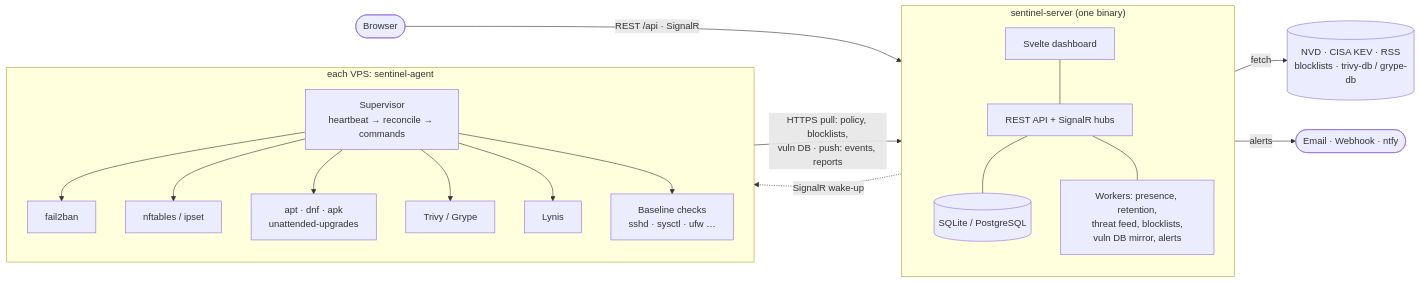
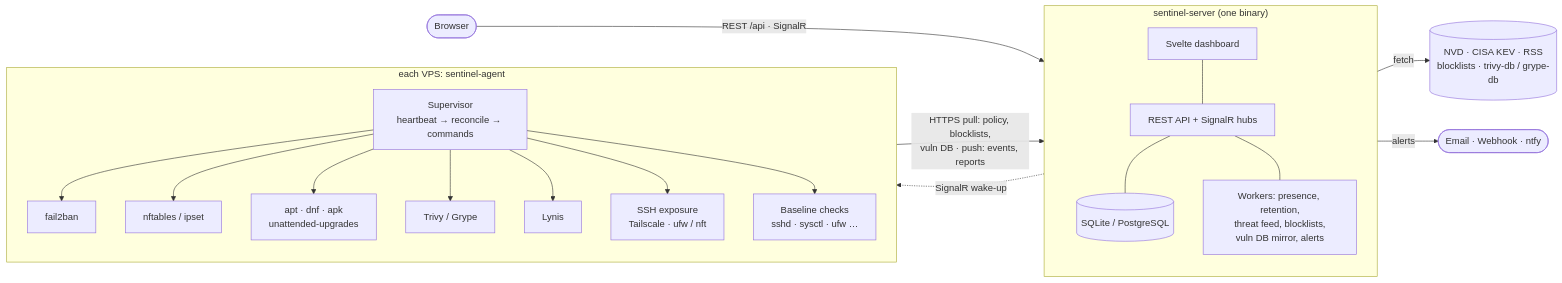
One commit to nor0x/Alastor changed the first of 3 diagrams in README.md. Above: the diagram before and after it, drawn with Mermaid. The commit also changed other lines of this file, not shown here.

Commit message:
README: mark Tailscale detection and SSH exposure as shipped

````diff
--- a/README.md
+++ b/README.md
@@ -22,27 +22,28 @@
 ```mermaid
 flowchart LR
     browser([Browser]) -- "REST /api · SignalR" --> server
 
     subgraph server["sentinel-server (one binary)"]
         direction TB
         spa[Svelte dashboard] --- api[REST API + SignalR hubs]
         api --- db[(SQLite / PostgreSQL)]
         api --- workers[Workers: presence, retention,<br/>threat feed, blocklists,<br/>vuln DB mirror, alerts]
     end
 
     subgraph host["each VPS: sentinel-agent"]
         direction TB
         sup[Supervisor<br/>heartbeat → reconcile → commands]
         sup --> f2b[fail2ban]
         sup --> nft[nftables / ipset]
         sup --> pkg[apt · dnf · apk<br/>unattended-upgrades]
         sup --> scan[Trivy / Grype]
         sup --> lynis[Lynis]
+        sup --> net[SSH exposure<br/>Tailscale · ufw / nft]
         sup --> base[Baseline checks<br/>sshd · sysctl · ufw …]
     end
 
     host -- "HTTPS pull: policy, blocklists,<br/>vuln DB · push: events, reports" --> server
     server -. "SignalR wake-up" .-> host
     workers -- fetch --> internet[(NVD · CISA KEV · RSS<br/>blocklists · trivy-db / grype-db)]
     workers -- alerts --> channels([Email · Webhook · ntfy])
 ```
````
